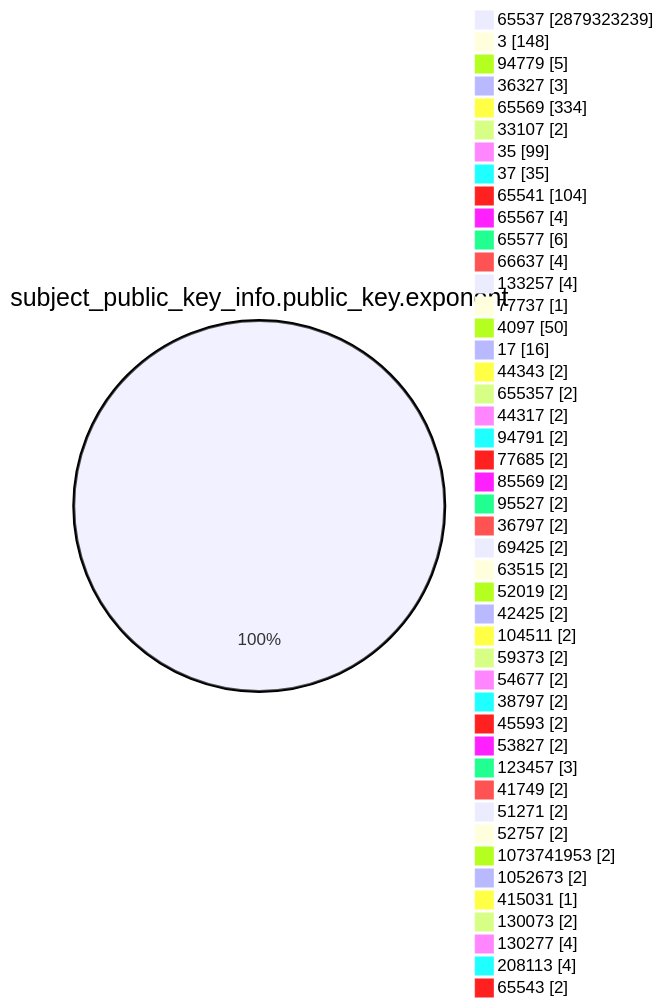
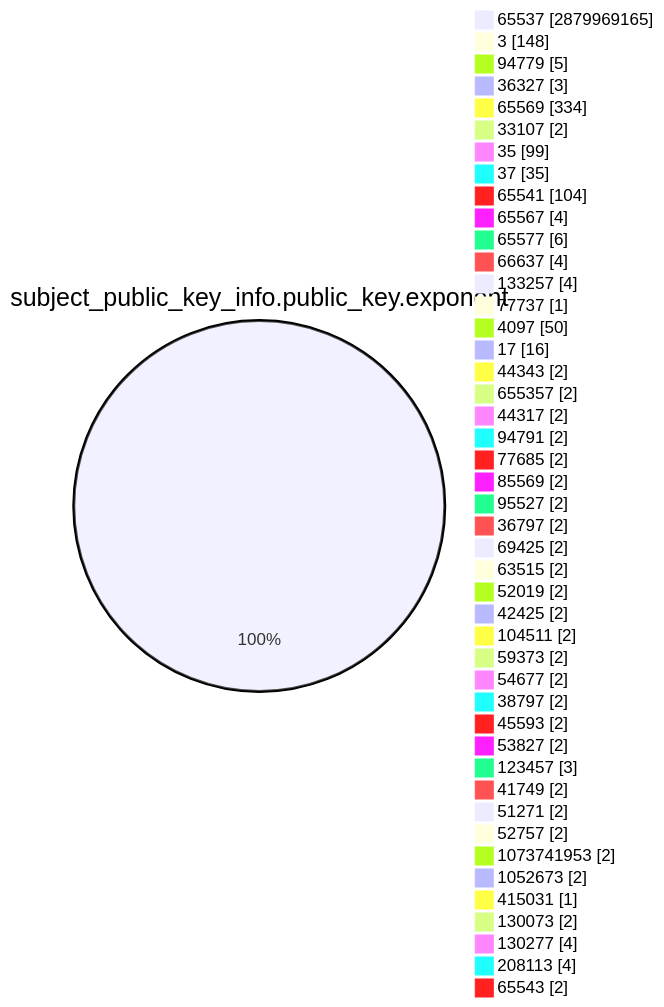
One commit to christiankrug/ctmonitor_visualization changed the fourth of 15 diagrams in TOTAL/README.md. Above: the diagram before and after it, drawn with Mermaid. The commit also changed other lines of this file, not shown here.

````diff
--- a/TOTAL/README.md
+++ b/TOTAL/README.md
@@ -1468,49 +1468,49 @@
 ```mermaid
 pie showData
 title subject_public_key_info.public_key.exponent
-"65537" :2879323239
+"65537" :2879969165
 "3" :148
 "94779" :5
 "36327" :3
 "65569" :334
 "33107" :2
 "35" :99
 "37" :35
 "65541" :104
 "65567" :4
 "65577" :6
 "66637" :4
 "133257" :4
 "77737" :1
 "4097" :50
 "17" :16
 "44343" :2
 "655357" :2
 "44317" :2
 "94791" :2
 "77685" :2
 "85569" :2
 "95527" :2
 "36797" :2
 "69425" :2
 "63515" :2
 "52019" :2
 "42425" :2
 "104511" :2
 "59373" :2
 "54677" :2
 "38797" :2
 "45593" :2
 "53827" :2
 "123457" :3
 "41749" :2
 "51271" :2
 "52757" :2
 "1073741953" :2
 "1052673" :2
 "415031" :1
 "130073" :2
 "130277" :4
 "208113" :4
 "65543" :2
 ```
````
